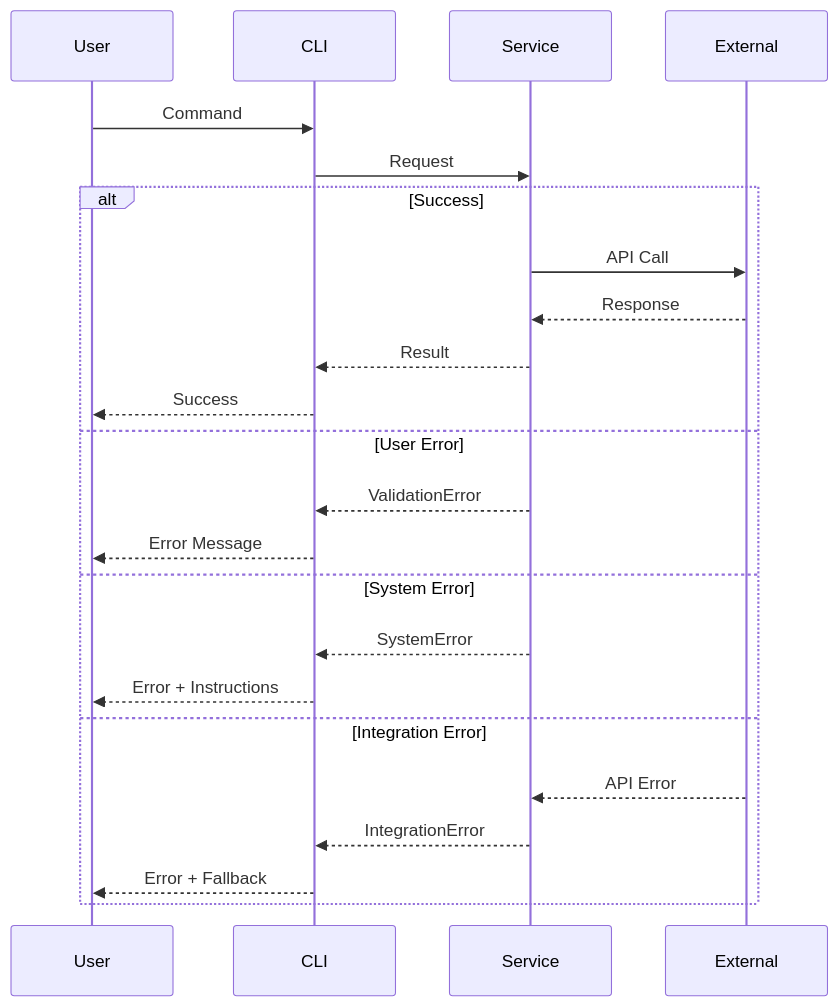
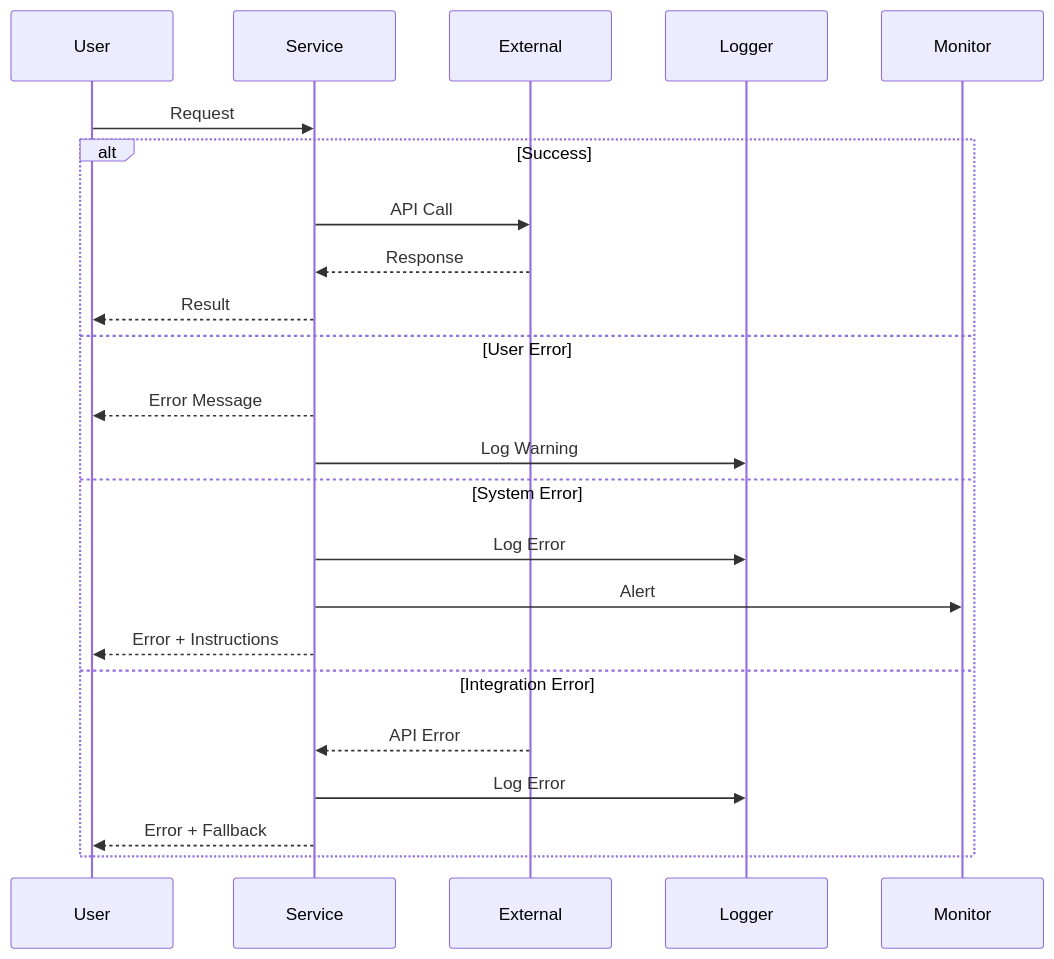
The fourth of 4 diagrams in docs/architecture/overview.md (nasula/golfcal2), drawn with Mermaid before and after one commit. The commit also changed other lines of this file and 1 other file, not shown here.

````diff
--- a/docs/architecture/overview.md
+++ b/docs/architecture/overview.md
@@ -181,26 +194,27 @@
 ```mermaid
 sequenceDiagram
     participant User
-    participant CLI
     participant Service
     participant External
+    participant Logger
+    participant Monitor
 
-    User->>CLI: Command
-    CLI->>Service: Request
+    User->>Service: Request
+    
     alt Success
         Service->>External: API Call
         External-->>Service: Response
-        Service-->>CLI: Result
-        CLI-->>User: Success
+        Service-->>User: Result
     else User Error
-        Service-->>CLI: ValidationError
-        CLI-->>User: Error Message
+        Service-->>User: Error Message
+        Service->>Logger: Log Warning
     else System Error
-        Service-->>CLI: SystemError
-        CLI-->>User: Error + Instructions
+        Service->>Logger: Log Error
+        Service->>Monitor: Alert
+        Service-->>User: Error + Instructions
     else Integration Error
         External-->>Service: API Error
-        Service-->>CLI: IntegrationError
-        CLI-->>User: Error + Fallback
+        Service->>Logger: Log Error
+        Service-->>User: Error + Fallback
     end
 ```
````
